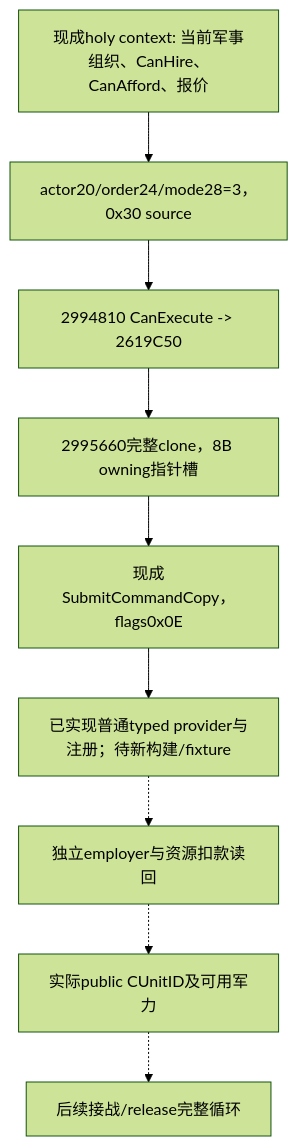
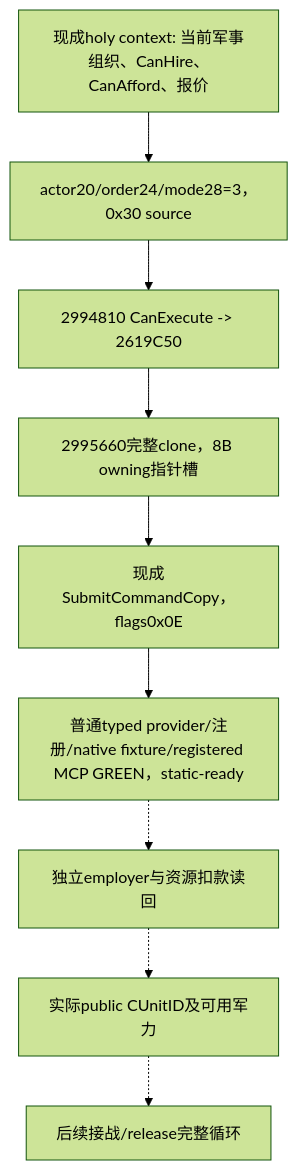
One commit to XenoAmess/ck3_eternal_recurrence changed the diagram in docs/ck3-native-ai/religion-holy-order-hire-command-construction-12003.md. Above: the diagram before and after it, drawn with Mermaid (forest theme). The commit also changed other lines of this file and 11 other files, not shown here.

````diff
--- a/docs/ck3-native-ai/religion-holy-order-hire-command-construction-12003.md
+++ b/docs/ck3-native-ai/religion-holy-order-hire-command-construction-12003.md
@@ -15,11 +15,11 @@
 ```mermaid
 flowchart TD
   Q["现成holy context: 当前军事组织、CanHire、CanAfford、报价"] --> C["actor20/order24/mode28=3，0x30 source"]
   C --> V["2994810 CanExecute -> 2619C50"]
   V --> CL["2995660完整clone，8B owning指针槽"]
   CL --> S["现成SubmitCommandCopy，flags0x0E"]
-  S --> P["已实现普通typed provider与注册；待新构建/fixture"]
+  S --> P["普通typed provider/注册/native fixture/registered MCP GREEN，static-ready"]
   P -.-> E["独立employer与资源扣款读回"]
   E -.-> A["实际public CUnitID及可用军力"]
   A -.-> L["后续接战/release完整循环"]
 ```
````
